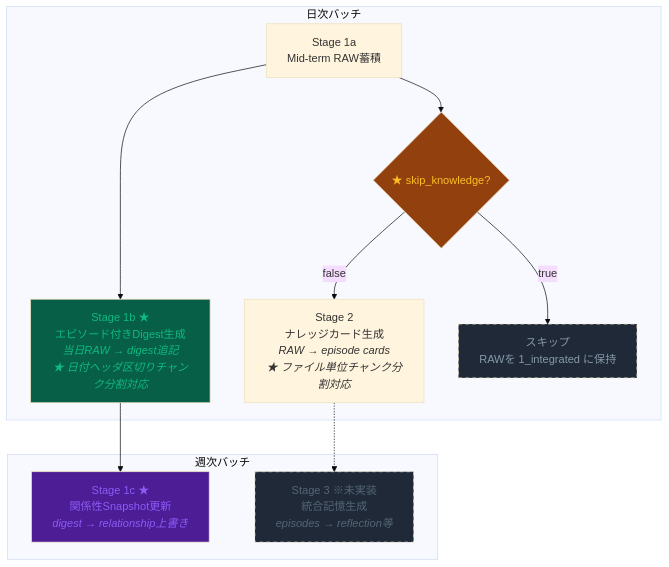
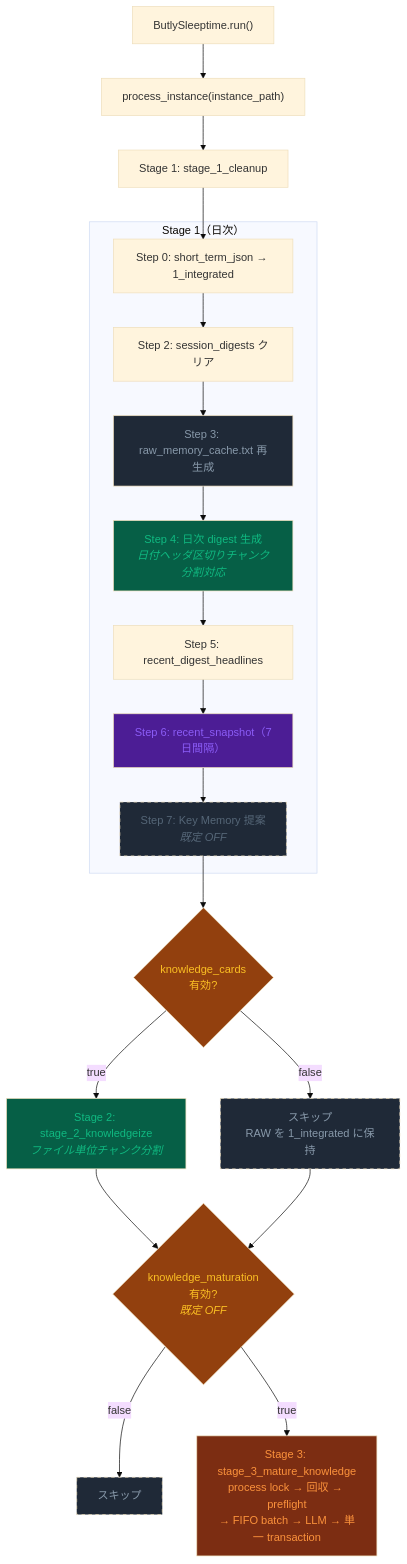
Before and after one commit to unagisann/Butly: the fourth of 11 diagrams in docs/reference/DIAGRAMS.ja.md, drawn with Mermaid (base theme). The commit also changed other lines of this file and 28 other files, not shown here.

````diff
--- a/docs/reference/DIAGRAMS.ja.md
+++ b/docs/reference/DIAGRAMS.ja.md
@@ -95,26 +133,34 @@
 ```mermaid
 flowchart TD
-    subgraph "日次バッチ"
-        S1a["Stage 1a<br/>Mid-term RAW蓄積"]
-        S1b["Stage 1b ★<br/>エピソード付きDigest生成<br/><i>当日RAW → digest追記</i><br/><i>★ 日付ヘッダ区切りチャンク分割対応</i>"]
-        SKIP{★ skip_knowledge?}
-        S2["Stage 2<br/>ナレッジカード生成<br/><i>RAW → episode cards</i><br/><i>★ ファイル単位チャンク分割対応</i>"]
-        S2SKIP["スキップ<br/>RAWを 1_integrated に保持"]
+    RUN["ButlySleeptime.run()"] --> PI["process_instance(instance_path)"]
+    PI --> S1["Stage 1: stage_1_cleanup"]
+    subgraph "Stage 1（日次）"
+        S1a["Step 0: short_term_json → 1_integrated"]
+        S1b["Step 2: session_digests クリア"]
+        S1c["Step 3: raw_memory_cache.txt 再生成"]
+        S1d["Step 4: 日次 digest 生成<br/><i>日付ヘッダ区切りチャンク分割対応</i>"]
+        S1e["Step 5: recent_digest_headlines"]
+        S1f["Step 6: recent_snapshot（7日間隔）"]
+        S1g["Step 7: Key Memory 提案<br/><i>既定 OFF</i>"]
+        S1a --> S1b --> S1c --> S1d --> S1e --> S1f --> S1g
     end
-    subgraph "週次バッチ"
-        S1c["Stage 1c ★<br/>関係性Snapshot更新<br/><i>digest → relationship上書き</i>"]
-        S3["Stage 3 ※未実装<br/>統合記憶生成<br/><i>episodes → reflection等</i>"]
-    end
+    S1 --> S1a
+    S1g --> GATE2{knowledge_cards<br/>有効?}
+    GATE2 -->|false| SKIP2["スキップ<br/>RAW を 1_integrated に保持"]
+    GATE2 -->|true| S2["Stage 2: stage_2_knowledgeize<br/><i>ファイル単位チャンク分割</i>"]
+    S2 --> GATE3{knowledge_maturation<br/>有効?<br/><i>既定 OFF</i>}
+    SKIP2 --> GATE3
+    GATE3 -->|false| SKIP3["スキップ"]
+    GATE3 -->|true| S3["Stage 3: stage_3_mature_knowledge<br/>process lock → 回収 → preflight<br/>→ FIFO batch → LLM → 単一 transaction"]
 
-    S1a --> S1b --> S1c
-    S1a --> SKIP
-    SKIP -->|false| S2
-    SKIP -->|true| S2SKIP
-    S2 -.-> S3
-
-    style S1b fill:#065f46,color:#10b981
-    style S1c fill:#4c1d95,color:#8b5cf6
-    style S3 fill:#1f2937,color:#556677,stroke-dasharray: 5 5
-    style SKIP fill:#92400e,color:#fbbf24
-    style S2SKIP fill:#1f2937,color:#8899aa,stroke-dasharray: 5 5
+    style S1c fill:#1f2937,color:#8899aa
+    style S1d fill:#065f46,color:#10b981
+    style S1f fill:#4c1d95,color:#8b5cf6
+    style S1g fill:#1f2937,color:#556677,stroke-dasharray: 5 5
+    style S2 fill:#065f46,color:#10b981
+    style S3 fill:#7c2d12,color:#fb923c
+    style SKIP2 fill:#1f2937,color:#8899aa,stroke-dasharray: 5 5
+    style SKIP3 fill:#1f2937,color:#8899aa,stroke-dasharray: 5 5
+    style GATE2 fill:#92400e,color:#fbbf24
+    style GATE3 fill:#92400e,color:#fbbf24
 ```
````
